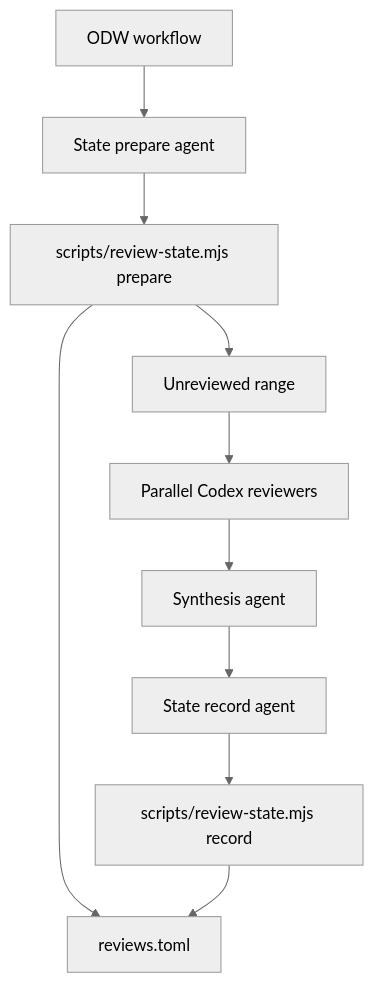
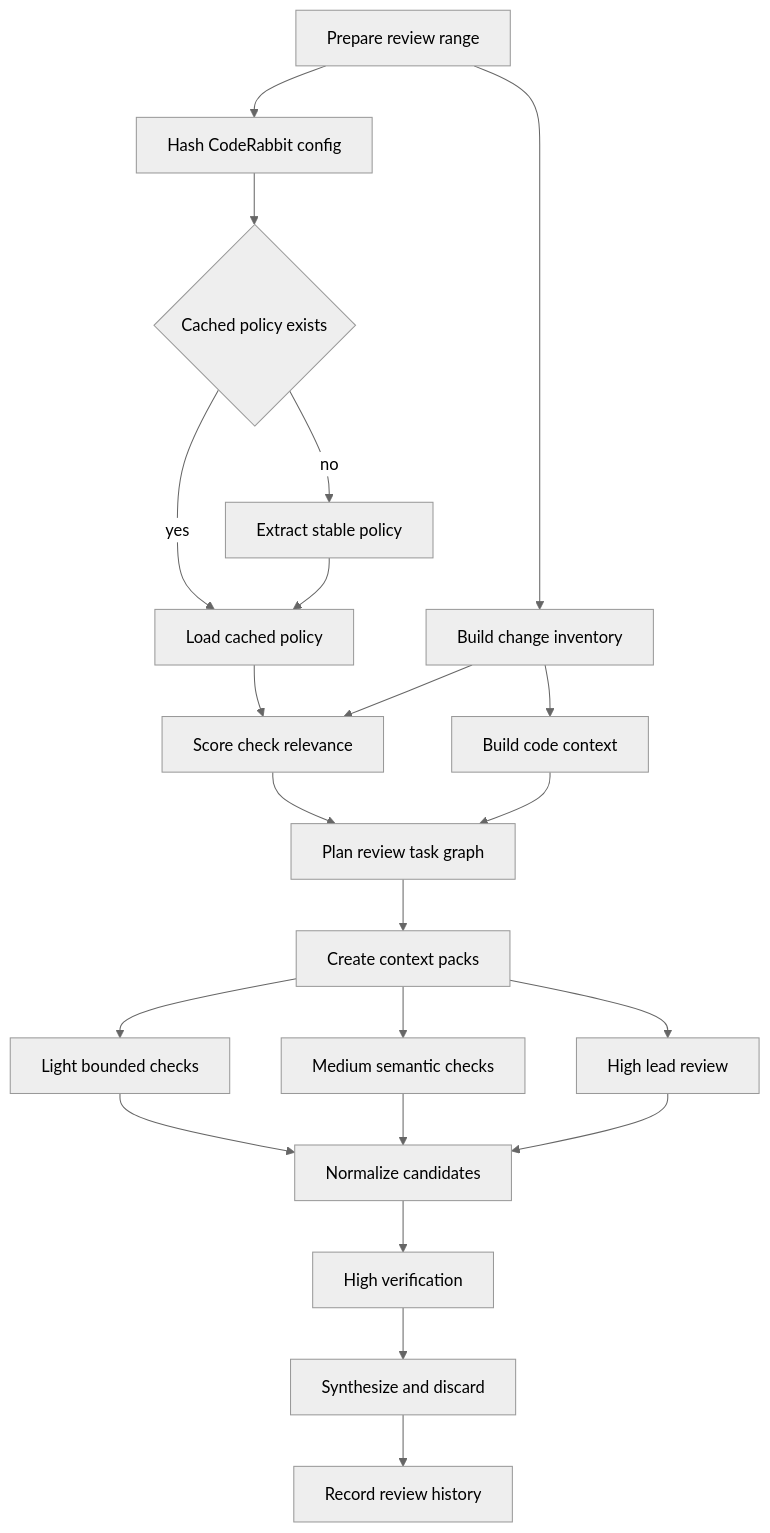
Before and after one commit to leynos/dakar: the first of 2 diagrams in docs/design/initial-workflow.md, drawn with Mermaid (neutral theme). The commit also changed other lines of this file and 1 other file, not shown here.

First line of the commit message:
Design routed review task graph

````diff
--- a/docs/design/initial-workflow.md
+++ b/docs/design/initial-workflow.md
@@ -68,12 +116,24 @@
 ```mermaid
 flowchart TD
-  A[ODW workflow] --> B[State prepare agent]
-  B --> C[scripts/review-state.mjs prepare]
-  C --> D[reviews.toml]
-  C --> E[Unreviewed range]
-  E --> F[Parallel Codex reviewers]
-  F --> G[Synthesis agent]
-  G --> H[State record agent]
-  H --> I[scripts/review-state.mjs record]
-  I --> D
+  A[Prepare review range] --> B[Hash CodeRabbit config]
+  B --> C{Cached policy exists}
+  C -->|yes| E[Load cached policy]
+  C -->|no| D[Extract stable policy]
+  D --> E
+  A --> F[Build change inventory]
+  E --> G[Score check relevance]
+  F --> G
+  F --> H[Build code context]
+  G --> I[Plan review task graph]
+  H --> I
+  I --> J[Create context packs]
+  J --> K[Light bounded checks]
+  J --> L[Medium semantic checks]
+  J --> M[High lead review]
+  K --> N[Normalize candidates]
+  L --> N
+  M --> N
+  N --> O[High verification]
+  O --> P[Synthesize and discard]
+  P --> Q[Record review history]
 ```
````
